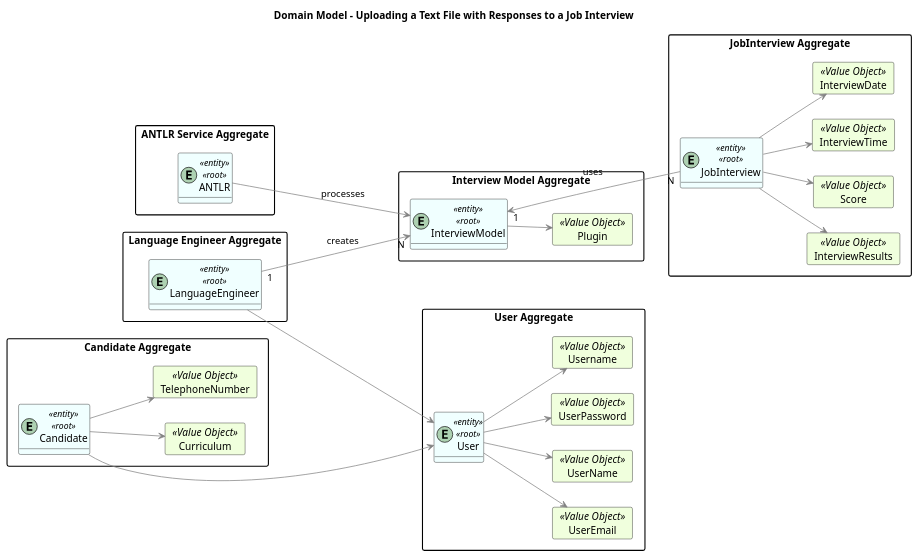
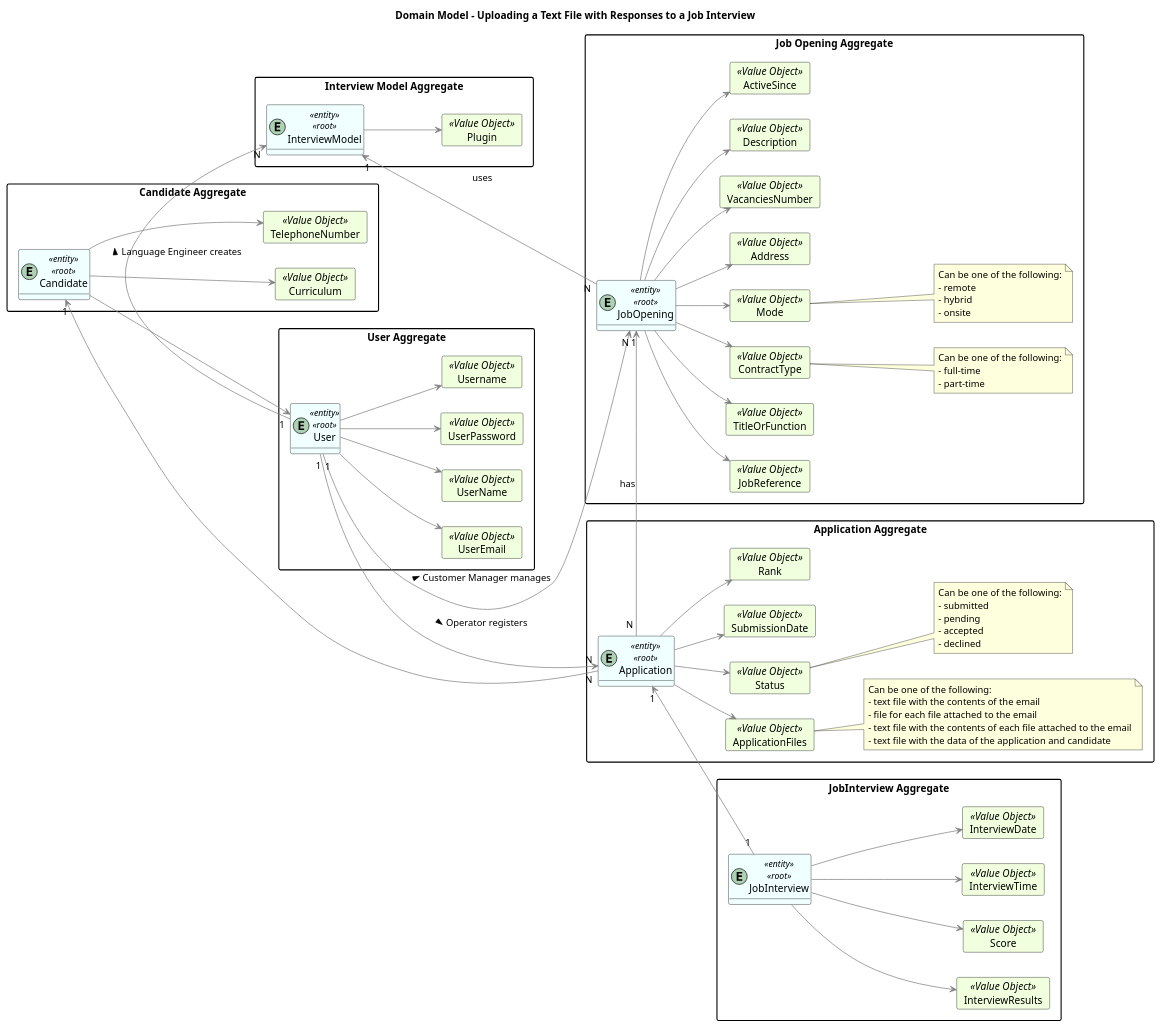
One commit to MiguelCardoso77/LAPR4 changed the diagram in docs/SprintC/6-upload-text-file-with-responses/domain-model.puml. Above: the diagram before and after it, drawn with PlantUML. The commit also changed 3 other files, not shown here.

Commit message:
Updated Domain Model and Class Diagram #29

```diff
--- a/docs/SprintC/6-upload-text-file-with-responses/domain-model.puml
+++ b/docs/SprintC/6-upload-text-file-with-responses/domain-model.puml
@@ -1,101 +1,173 @@
 @startuml
 hide methods
 left to right direction
 
 Title "Domain Model - Uploading a Text File with Responses to a Job Interview"
 
 skinparam class {
     LifeLineBorderColor DarkBlue
     LifeLineBackgroundColor APPLICATION
     BackgroundColor #F0FFFF
     ArrowColor grey
     BorderColor black
 }
 
 skinparam packageStyle rectangle
 
 skinparam card {
     LifeLineBorderColor Green
     LifeLineBackgroundColor APPLICATION
     BackgroundColor #F0FFDD
     ArrowColor DarkGrey
     BorderColor Black
 }
 
 package "JobInterview Aggregate"{
 entity JobInterview <<entity>><<root>>
 
      card InterviewResults <<Value Object>> {
      }
      card Score <<Value Object>> {
      }
      card InterviewTime <<Value Object>> {
      }
      card InterviewDate <<Value Object>> {
      }
 
      JobInterview --> InterviewResults
      JobInterview --> Score
      JobInterview --> InterviewTime
      JobInterview --> InterviewDate
 
 }
 
 package "Candidate Aggregate"{
 entity Candidate <<entity>><<root>>
 
     card Curriculum <<Value Object>> {
     }
     card TelephoneNumber <<Value Object>>{
     }
 
     Candidate --> Curriculum
     Candidate --> TelephoneNumber
 }
 
 package "User Aggregate"{
 entity User <<entity>><<root>>
 
     card UserEmail <<Value Object>> {
     }
     card UserName <<Value Object>> {
     }
     card UserPassword <<Value Object>> {
     }
     card Username<<Value Object>> {
     }
 
     User --> UserEmail
     User --> UserName
     User --> Username
     User --> UserPassword
 
 }
 
 package "Interview Model Aggregate"{
 entity InterviewModel <<entity>><<root>>
 
     card Plugin <<Value Object>> {
     }
 
     InterviewModel --> Plugin
 
 }
 
-package "ANTLR Service Aggregate"{
-    entity ANTLR <<entity>><<root>>
+package "Job Opening Aggregate"{
+entity JobOpening <<entity>><<root>>
+
+    card JobReference <<Value Object>> {
+    }
+    card TitleOrFunction <<Value Object>> {
+    }
+    card ContractType <<Value Object>> {
+    }
+    card Mode <<Value Object>> {
+    }
+    card Address <<Value Object>> {
+    }
+    card VacanciesNumber <<Value Object>> {
+    }
+    card Description <<Value Object>> {
+    }
+    card ActiveSince <<Value Object>>{
+    }
+
+    JobOpening --> JobReference
+    JobOpening --> TitleOrFunction
+    JobOpening --> ContractType
+    JobOpening --> Mode
+    JobOpening --> Address
+    JobOpening --> VacanciesNumber
+    JobOpening --> Description
+    JobOpening --> ActiveSince
+
+    note right of ContractType
+        Can be one of the following:
+        - full-time
+        - part-time
+    end note
+
+    note right of Mode
+         Can be one of the following:
+         - remote
+         - hybrid
+         - onsite
+    end note
 
 }
 
-package "Language Engineer Aggregate"{
-entity LanguageEngineer <<entity>><<root>>
+package "Application Aggregate"{
+entity Application <<entity>><<root>>
+
+    card ApplicationFiles <<Value Object>>{
+    }
+    card Status <<Value Object>>{
+    }
+    card SubmissionDate <<Value Object>>{
+    }
+    card Rank <<Value Object>>{
+    }
+
+    Application --> ApplicationFiles
+    Application --> Status
+    Application --> SubmissionDate
+    Application --> Rank
+
+    note right of Status
+        Can be one of the following:
+        - submitted
+        - pending
+        - accepted
+        - declined
+    end note
+
+    note right of ApplicationFiles
+        Can be one of the following:
+        - text file with the contents of the email
+        - file for each file attached to the email
+        - text file with the contents of each file attached to the email
+        - text file with the data of the application and candidate
+    end note
 
 }
 
-Candidate ----> User
-InterviewModel "1" <--- "N" JobInterview : uses
-ANTLR ---> InterviewModel : processes
-LanguageEngineer "1" ---> "N" InterviewModel : creates
-LanguageEngineer ---> User
+JobOpening "1" <-- "N " Application : has
+Application "N" --> "1" Candidate
+Application "1" <-- "1" JobInterview
+User "1" ---> "N" JobOpening : Customer Manager manages >
+User "1" ---> "N" Application : Operator registers >
+User "1" --> "N" InterviewModel : Language Engineer creates >
+InterviewModel "1" <--- "N" JobOpening : uses
+Candidate --> User
 
 @enduml
```
